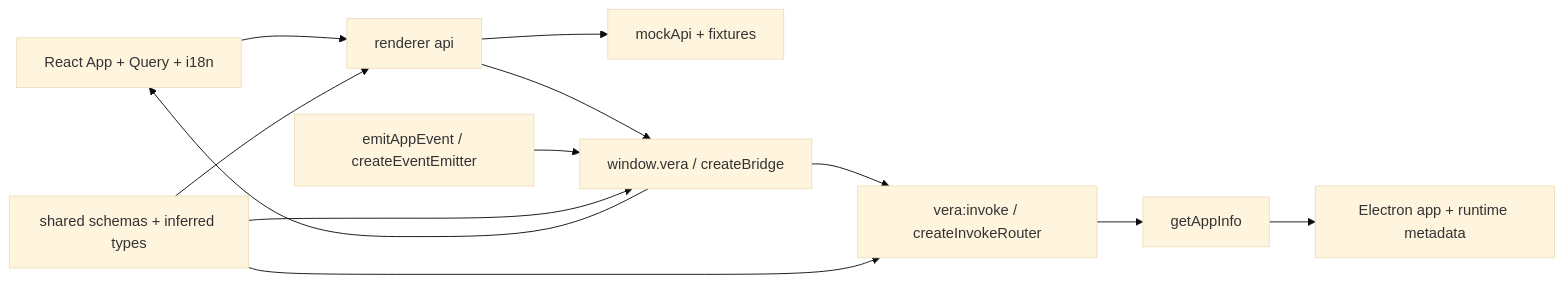
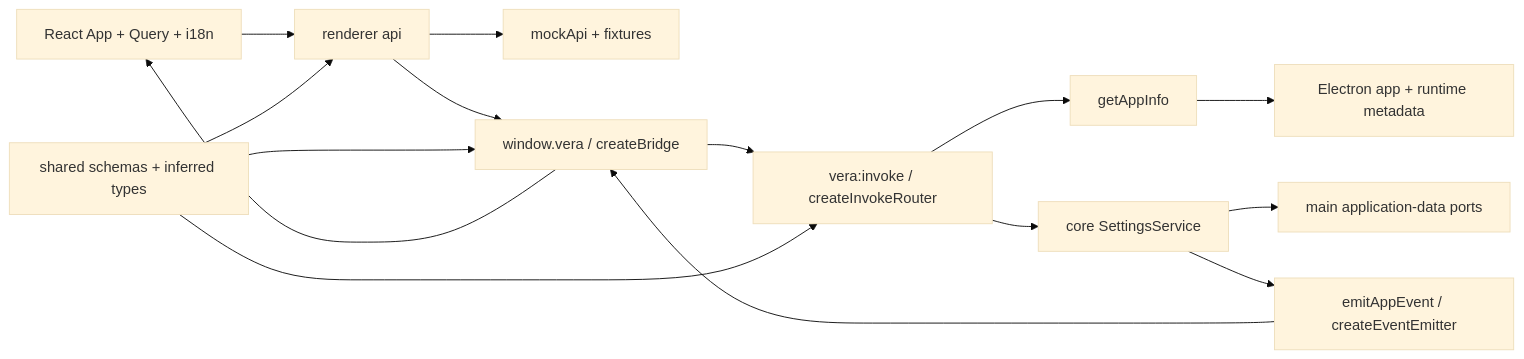
Before and after one commit to DDP-Engineering/2026_Virtual_Embedded_Rig_Assistant: the diagram in .agentic/knowledge/ipc-boundary.md, drawn with Mermaid (base theme). The commit also changed other lines of this file and 46 other files, not shown here.

First line of the commit message:
feat(data): implement WP-03 app data settings and logging

````diff
--- a/.agentic/knowledge/ipc-boundary.md
+++ b/.agentic/knowledge/ipc-boundary.md
@@ -66,14 +70,17 @@
 ```mermaid
 flowchart LR
   UI[React App + Query + i18n] --> API[renderer api]
   API --> MOCK[mockApi + fixtures]
   API --> PRE[window.vera / createBridge]
   PRE --> ROUTER[vera:invoke / createInvokeRouter]
   ROUTER --> INFO[getAppInfo]
+  ROUTER --> SETTINGS[core SettingsService]
+  SETTINGS --> PORTS[main application-data ports]
+  SETTINGS --> EMIT
   INFO --> HOST[Electron app + runtime metadata]
   EMIT[emitAppEvent / createEventEmitter] --> PRE
   PRE --> UI
   SHARED[shared schemas + inferred types] --> ROUTER
   SHARED --> PRE
   SHARED --> API
 ```
````
